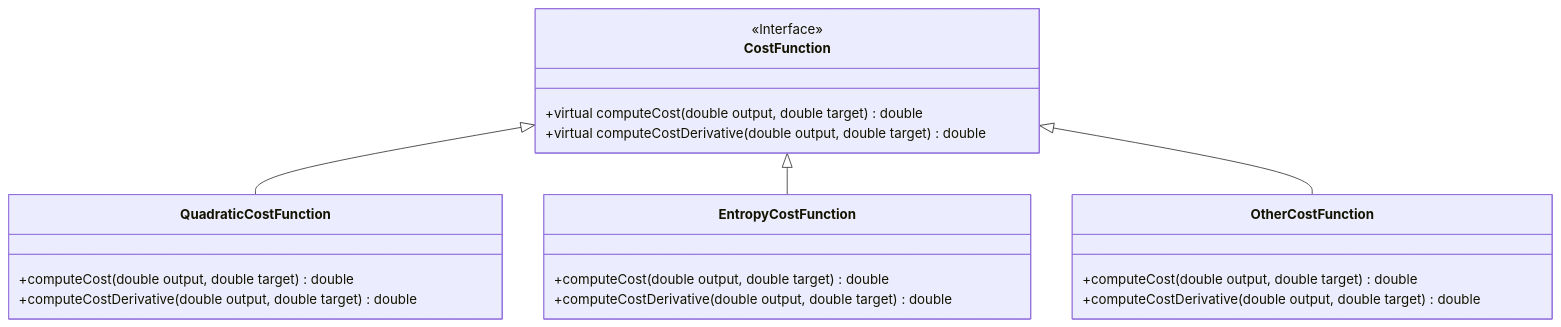
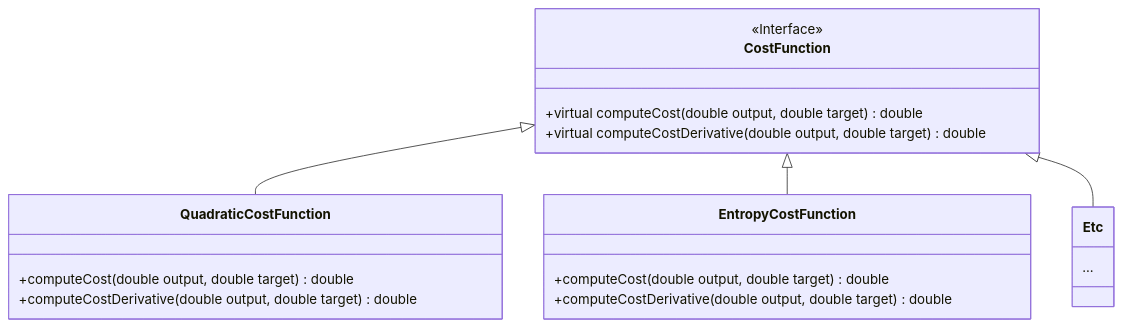
One commit to alejandrofsevilla/neural-network-notes changed the second of 4 diagrams in README.md. Above: the diagram before and after it, drawn with Mermaid. The commit also changed other lines of this file, not shown here.

````diff
--- a/README.md
+++ b/README.md
@@ -302,15 +301,14 @@
 ```mermaid
 classDiagram
 CostFunction <|-- QuadraticCostFunction
 CostFunction <|-- EntropyCostFunction
-CostFunction <|-- OtherCostFunction
+CostFunction <|-- Etc
 <<Interface>> CostFunction
 CostFunction : +virtual computeCost(double output, double target) double
 CostFunction : +virtual computeCostDerivative(double output, double target) double
 EntropyCostFunction : +computeCost(double output, double target) double
 EntropyCostFunction : +computeCostDerivative(double output, double target) double
 QuadraticCostFunction : +computeCost(double output, double target) double
 QuadraticCostFunction : +computeCostDerivative(double output, double target) double
-OtherCostFunction : +computeCost(double output, double target) double
-OtherCostFunction : +computeCostDerivative(double output, double target) double
+Etc : ...
 ```
````
